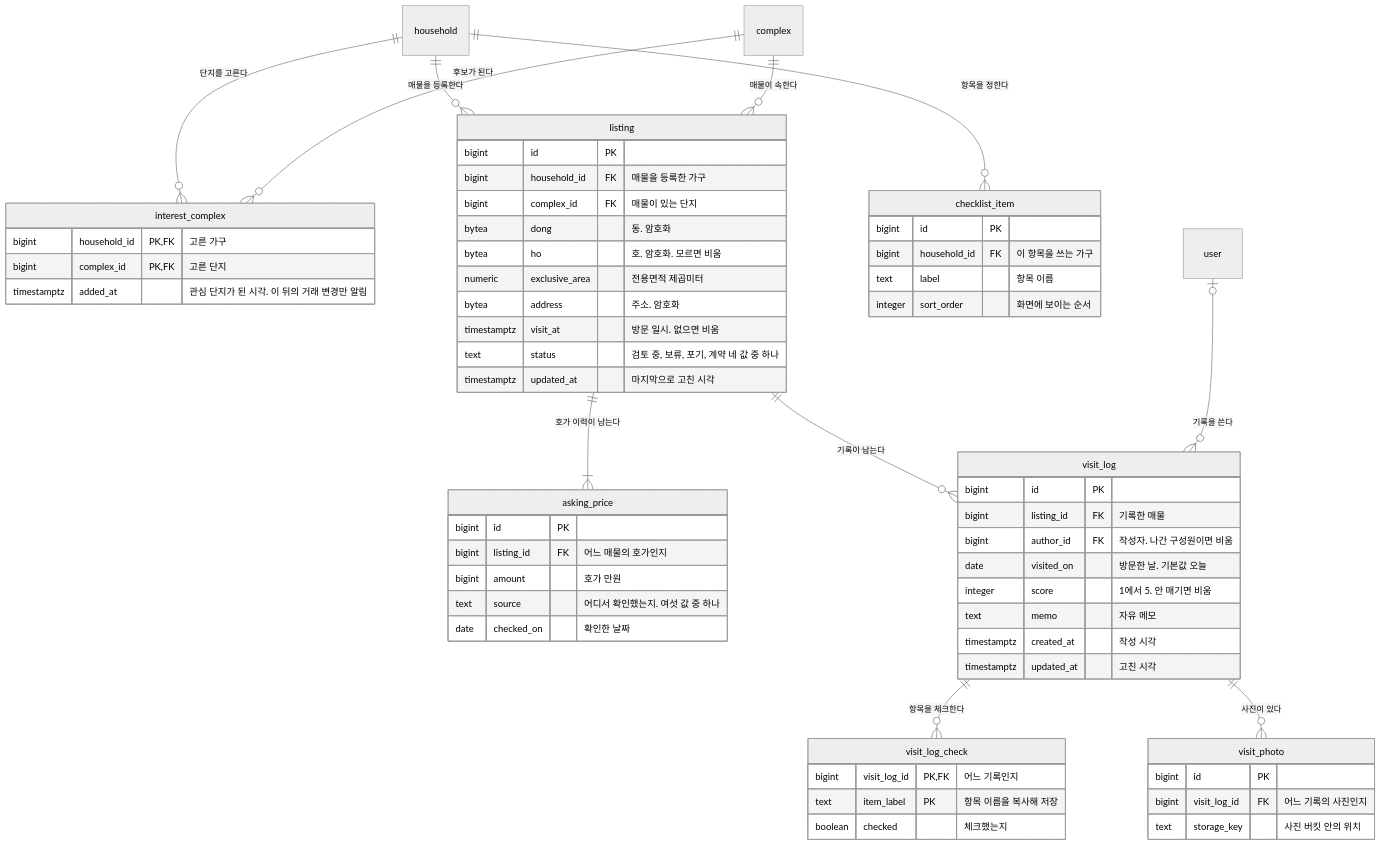
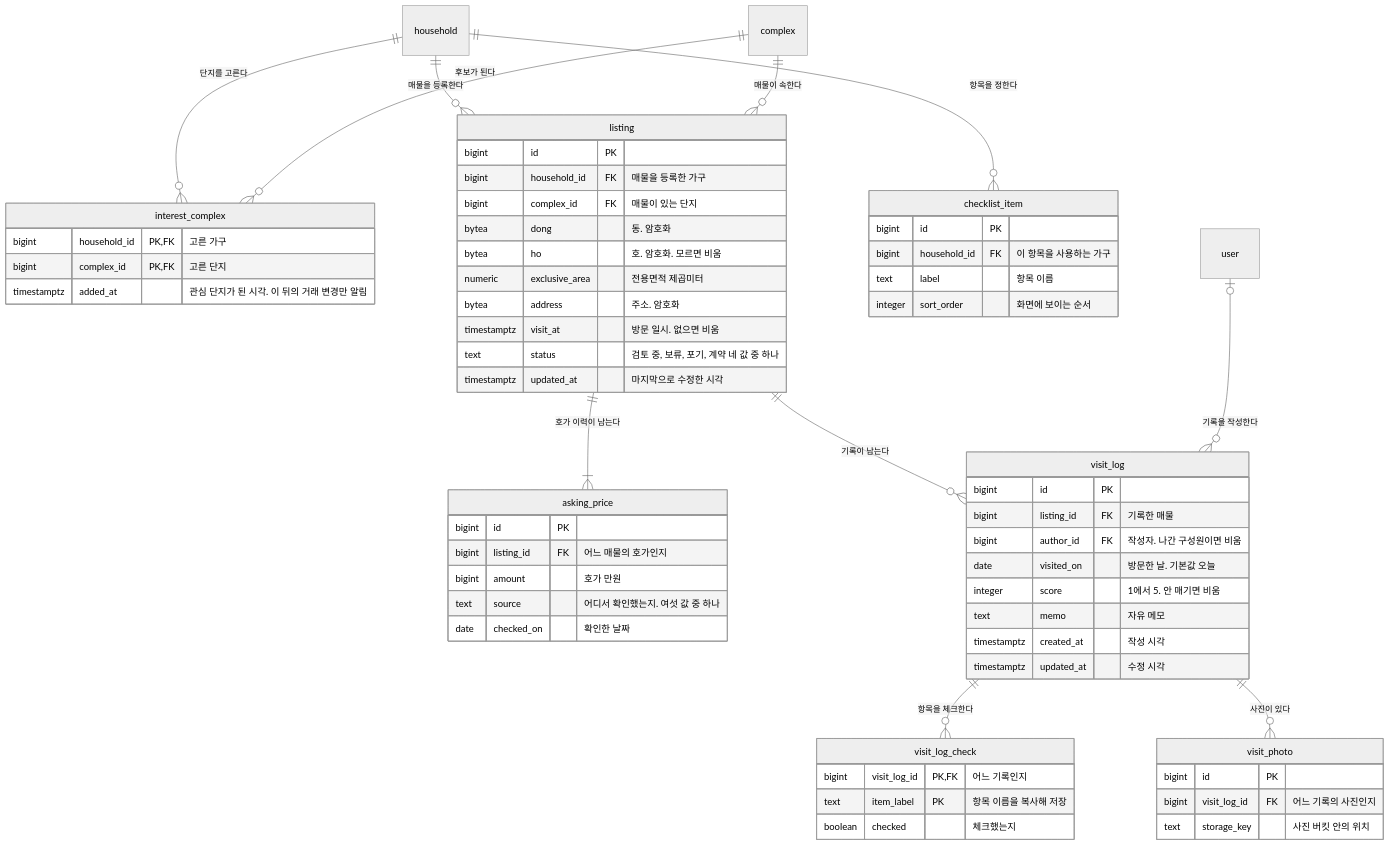
The third of 4 diagrams in docs/architecture/data-model.md (Park-Seung-Hun/real-estate), drawn with Mermaid (neutral theme) before and after one commit. The commit also changed other lines of this file and 22 other files, not shown here.

````diff
--- a/docs/architecture/data-model.md
+++ b/docs/architecture/data-model.md
@@ -296,63 +302,63 @@
 ```mermaid
 erDiagram
   interest_complex {
     bigint household_id PK, FK "고른 가구"
     bigint complex_id PK, FK "고른 단지"
     timestamptz added_at "관심 단지가 된 시각. 이 뒤의 거래 변경만 알림"
   }
   listing {
     bigint id PK
     bigint household_id FK "매물을 등록한 가구"
     bigint complex_id FK "매물이 있는 단지"
     bytea dong "동. 암호화"
     bytea ho "호. 암호화. 모르면 비움"
     numeric exclusive_area "전용면적 제곱미터"
     bytea address "주소. 암호화"
     timestamptz visit_at "방문 일시. 없으면 비움"
     text status "검토 중, 보류, 포기, 계약 네 값 중 하나"
-    timestamptz updated_at "마지막으로 고친 시각"
+    timestamptz updated_at "마지막으로 수정한 시각"
   }
   asking_price {
     bigint id PK
     bigint listing_id FK "어느 매물의 호가인지"
     bigint amount "호가 만원"
     text source "어디서 확인했는지. 여섯 값 중 하나"
     date checked_on "확인한 날짜"
   }
   checklist_item {
     bigint id PK
-    bigint household_id FK "이 항목을 쓰는 가구"
+    bigint household_id FK "이 항목을 사용하는 가구"
     text label "항목 이름"
     integer sort_order "화면에 보이는 순서"
   }
   visit_log {
     bigint id PK
     bigint listing_id FK "기록한 매물"
     bigint author_id FK "작성자. 나간 구성원이면 비움"
     date visited_on "방문한 날. 기본값 오늘"
     integer score "1에서 5. 안 매기면 비움"
     text memo "자유 메모"
     timestamptz created_at "작성 시각"
-    timestamptz updated_at "고친 시각"
+    timestamptz updated_at "수정 시각"
   }
   visit_log_check {
     bigint visit_log_id PK, FK "어느 기록인지"
     text item_label PK "항목 이름을 복사해 저장"
     boolean checked "체크했는지"
   }
   visit_photo {
     bigint id PK
     bigint visit_log_id FK "어느 기록의 사진인지"
     text storage_key "사진 버킷 안의 위치"
   }
   household ||--o{ interest_complex : "단지를 고른다"
   complex ||--o{ interest_complex : "후보가 된다"
   household ||--o{ listing : "매물을 등록한다"
   complex ||--o{ listing : "매물이 속한다"
   listing ||--|{ asking_price : "호가 이력이 남는다"
   listing ||--o{ visit_log : "기록이 남는다"
-  user |o--o{ visit_log : "기록을 쓴다"
+  user |o--o{ visit_log : "기록을 작성한다"
   household ||--o{ checklist_item : "항목을 정한다"
   visit_log ||--o{ visit_log_check : "항목을 체크한다"
   visit_log ||--o{ visit_photo : "사진이 있다"
 ```
````
